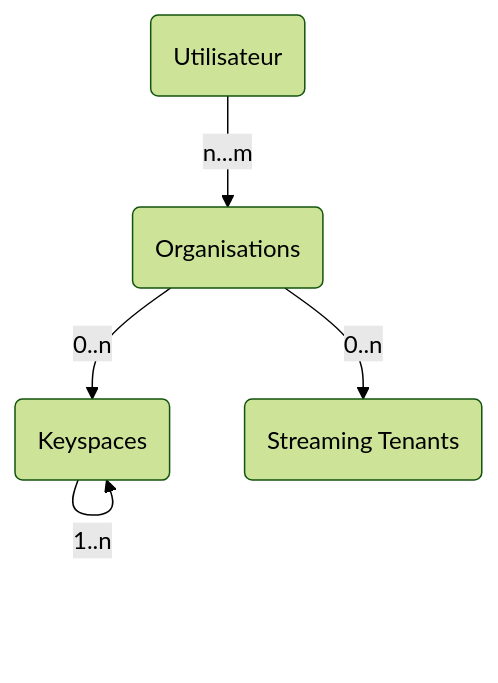
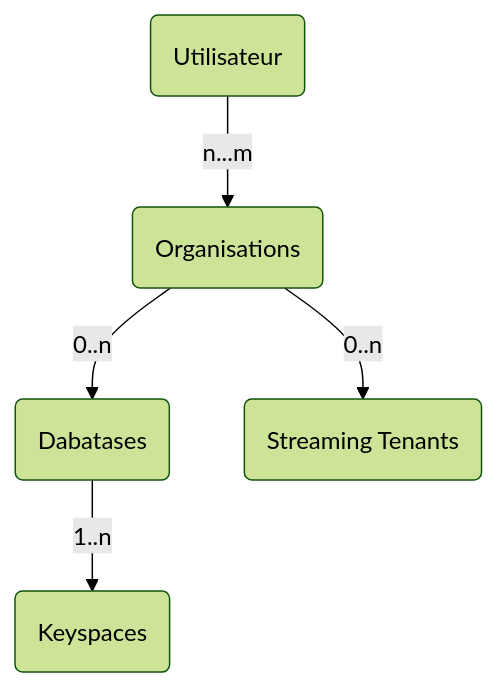
One commit to datastaxdevs/conference-2022-devoxx-france changed the first of 2 diagrams in README.md. Above: the diagram before and after it, drawn with Mermaid (forest theme).

````diff
--- a/README.md
+++ b/README.md
@@ -135,7 +135,7 @@
 ```mermaid
   graph TD
     USER(Utilisateur) -->|n...m|ORG(Organisations)
     ORG -->|0..n|DB(Dabatases)
-    DB  -->|1..n|DB(Keyspaces)
+    DB  -->|1..n|KS(Keyspaces)
     ORG -->|0..n|STR(Streaming Tenants)
 ```
````
